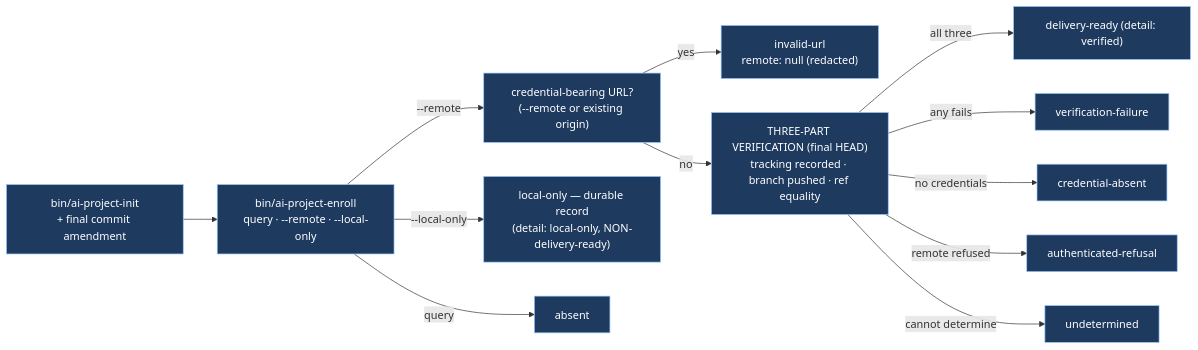
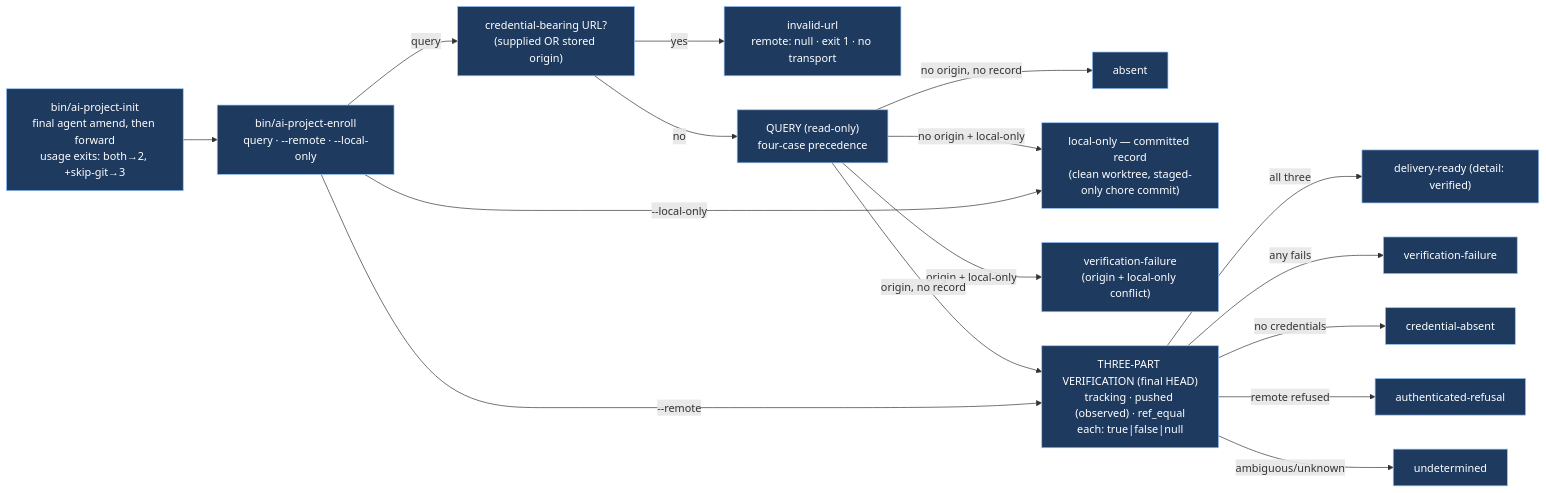
One commit to panchew/ai-project-system changed the diagram in docs/phases/P13__Daily_Fleet_Operation_in_Drivr/P13-M48-E48.3__spec__enrollment-completes-the-delivery-substrate.mmd. Above: the diagram before and after it, drawn with Mermaid.

Commit message:
governance(P13-M48): E48.3 diagram — query credential inspection, four-case precedence, committed lifecycle, nullable observations

```diff
--- a/docs/phases/P13__Daily_Fleet_Operation_in_Drivr/P13-M48-E48.3__spec__enrollment-completes-the-delivery-substrate.mmd
+++ b/docs/phases/P13__Daily_Fleet_Operation_in_Drivr/P13-M48-E48.3__spec__enrollment-completes-the-delivery-substrate.mmd
@@ -1,28 +1,34 @@
 flowchart LR
-  INIT["bin/ai-project-init<br/>+ final commit amendment"]
+  INIT["bin/ai-project-init<br/>final agent amend, then forward<br/>usage exits: both→2, +skip-git→3"]
   ENROLL["bin/ai-project-enroll<br/>query · --remote · --local-only"]
-  REJECT["credential-bearing URL?<br/>(--remote or existing origin)"]
-  INVALID["invalid-url<br/>remote: null (redacted)"]
-  VERIFY["THREE-PART VERIFICATION (final HEAD)<br/>tracking recorded · branch pushed · ref equality"]
+  CRED["credential-bearing URL?<br/>(supplied OR stored origin)"]
+  INVALID["invalid-url<br/>remote: null · exit 1 · no transport"]
+  Q["QUERY (read-only)<br/>four-case precedence"]
+  ABSENT["absent"]
+  LOCAL["local-only — committed record<br/>(clean worktree, staged-only chore commit)"]
+  CONFLICT["verification-failure<br/>(origin + local-only conflict)"]
+  VERIFY["THREE-PART VERIFICATION (final HEAD)<br/>tracking · pushed (observed) · ref_equal<br/>each: true|false|null"]
   READY["delivery-ready (detail: verified)"]
-  LOCAL["local-only — durable record<br/>(detail: local-only, NON-delivery-ready)"]
-  ABSENT["absent"]
+  VFAIL["verification-failure"]
   CRED_ABS["credential-absent"]
   REFUSE["authenticated-refusal"]
-  VFAIL["verification-failure"]
   UNDET["undetermined"]
 
   INIT --> ENROLL
-  ENROLL -- "query" --> ABSENT
-  ENROLL -- "--remote" --> REJECT
-  REJECT -- "yes" --> INVALID
-  REJECT -- "no" --> VERIFY
+  ENROLL -- "query" --> CRED
+  CRED -- "yes" --> INVALID
+  CRED -- "no" --> Q
+  Q -- "no origin, no record" --> ABSENT
+  Q -- "no origin + local-only" --> LOCAL
+  Q -- "origin + local-only" --> CONFLICT
+  Q -- "origin, no record" --> VERIFY
+  ENROLL -- "--local-only" --> LOCAL
+  ENROLL -- "--remote" --> VERIFY
   VERIFY -- all three --> READY
   VERIFY -- any fails --> VFAIL
-  ENROLL -- "--local-only" --> LOCAL
   VERIFY -- "no credentials" --> CRED_ABS
   VERIFY -- "remote refused" --> REFUSE
-  VERIFY -- "cannot determine" --> UNDET
+  VERIFY -- "ambiguous/unknown" --> UNDET
 
   classDef a fill:#1e3a5f,stroke:#93c5fd,color:#fff
-  class INIT,ENROLL,REJECT,INVALID,VERIFY,READY,LOCAL,ABSENT,CRED_ABS,REFUSE,VFAIL,UNDET a
+  class INIT,ENROLL,CRED,INVALID,Q,ABSENT,LOCAL,CONFLICT,VERIFY,READY,VFAIL,CRED_ABS,REFUSE,UNDET a
```
